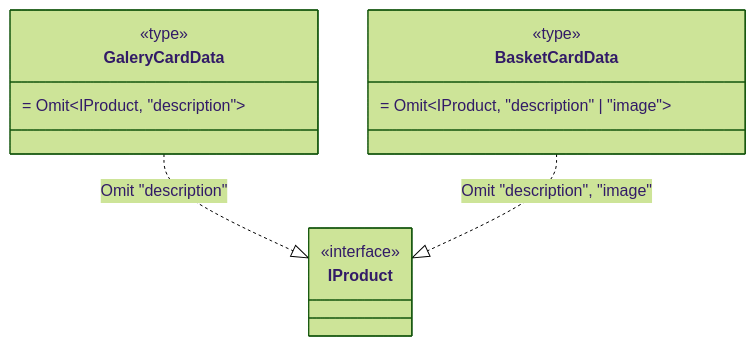
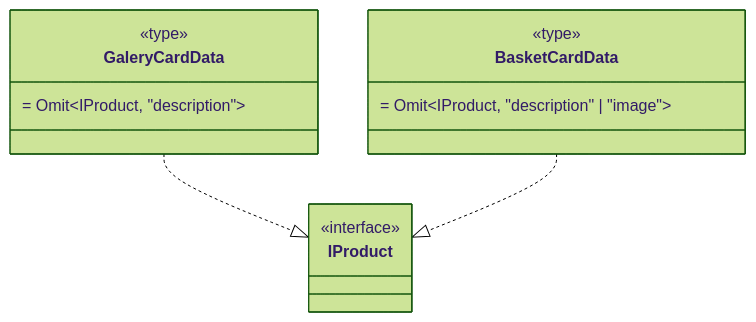
The sixth of 7 diagrams in README.md (vvk2020/weblarek), drawn with Mermaid (forest theme) before and after one commit. The commit also changed other lines of this file and 2 other files, not shown here.

````diff
--- a/README.md
+++ b/README.md
@@ -305,19 +339,19 @@
 ```mermaid
 classDiagram
     class GaleryCardData {
         <<type>>
         = Omit~IProduct, "description"~
     }
 
     class BasketCardData {
         <<type>>
         = Omit~IProduct, "description" | "image"~
     }
 
     class IProduct {
         <<interface>>
     }
 
-    GaleryCardData ..|> IProduct : Omit "description"
-    BasketCardData ..|> IProduct : Omit "description", "image"
+    GaleryCardData ..|> IProduct
+    BasketCardData ..|> IProduct
 ```
````
